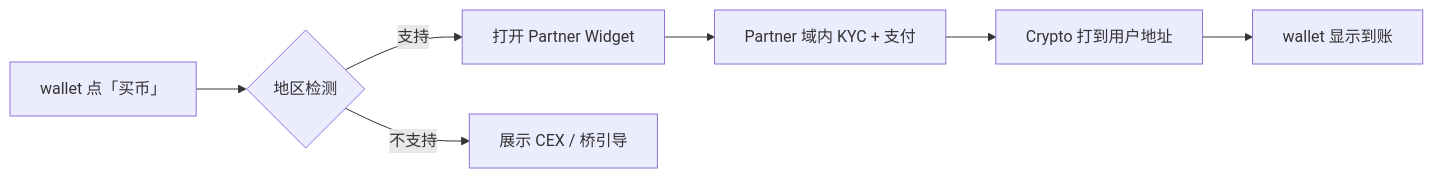
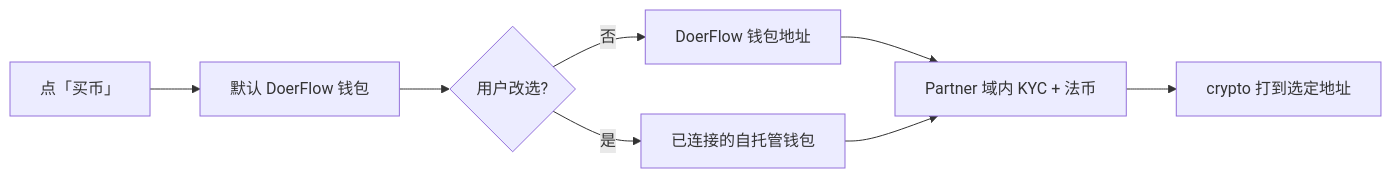
Before and after one commit to DoerFlow/docs: the diagram in docs/technical/ONRAMP.md, drawn with Mermaid. The commit also changed other lines of this file and 23 other files, not shown here.

Commit message:
chore: sync local work on dev (DoerFlow/repos/docs)

````diff
--- a/docs/technical/ONRAMP.md
+++ b/docs/technical/ONRAMP.md
@@ -91,9 +100,10 @@
 ```mermaid
 flowchart LR
-  A[wallet 点「买币」] --> B{地区检测}
-  B -->|支持| C[打开 Partner Widget]
-  B -->|不支持| D[展示 CEX / 桥引导]
-  C --> E[Partner 域内 KYC + 支付]
-  E --> F[Crypto 打到用户地址]
-  F --> G[wallet 显示到账]
+  A[点「买币」] --> B[默认 DoerFlow 钱包]
+  B --> C{用户改选?}
+  C -->|否| D[DoerFlow 钱包地址]
+  C -->|是| E[已连接的自托管钱包]
+  D --> F[Partner 域内 KYC + 法币]
+  E --> F
+  F --> G[crypto 打到选定地址]
 ```
````
